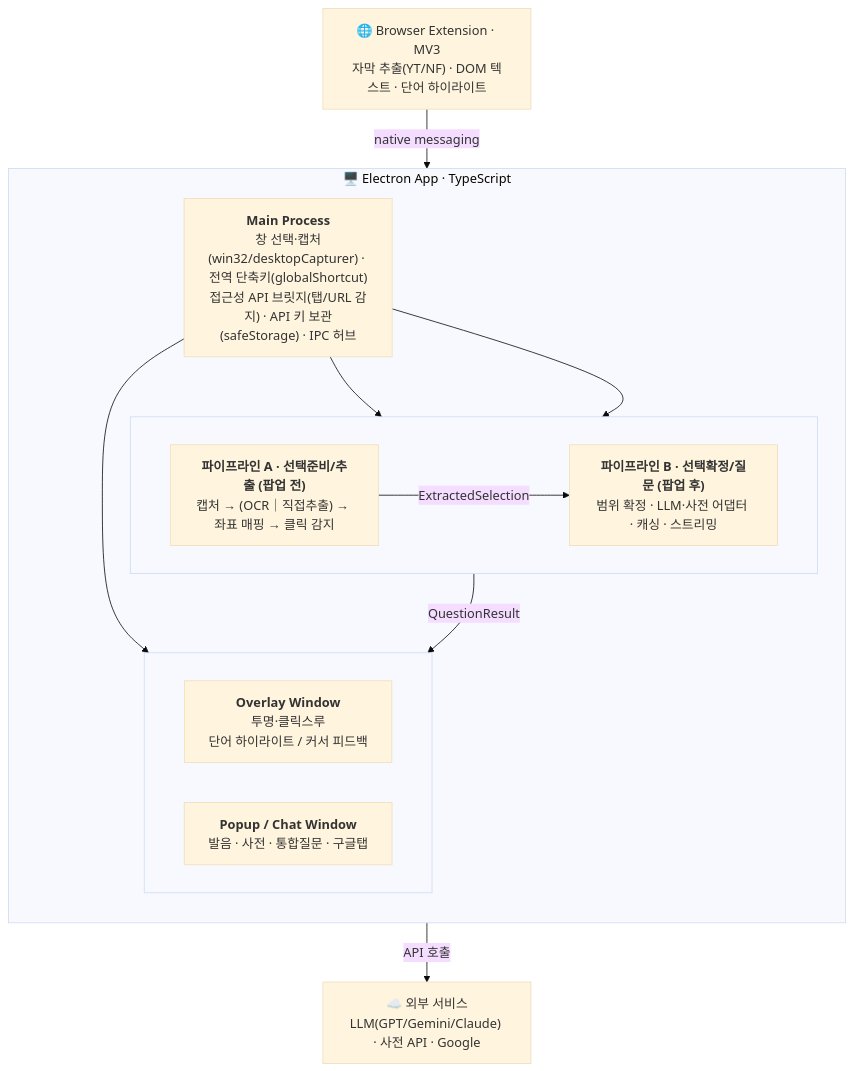
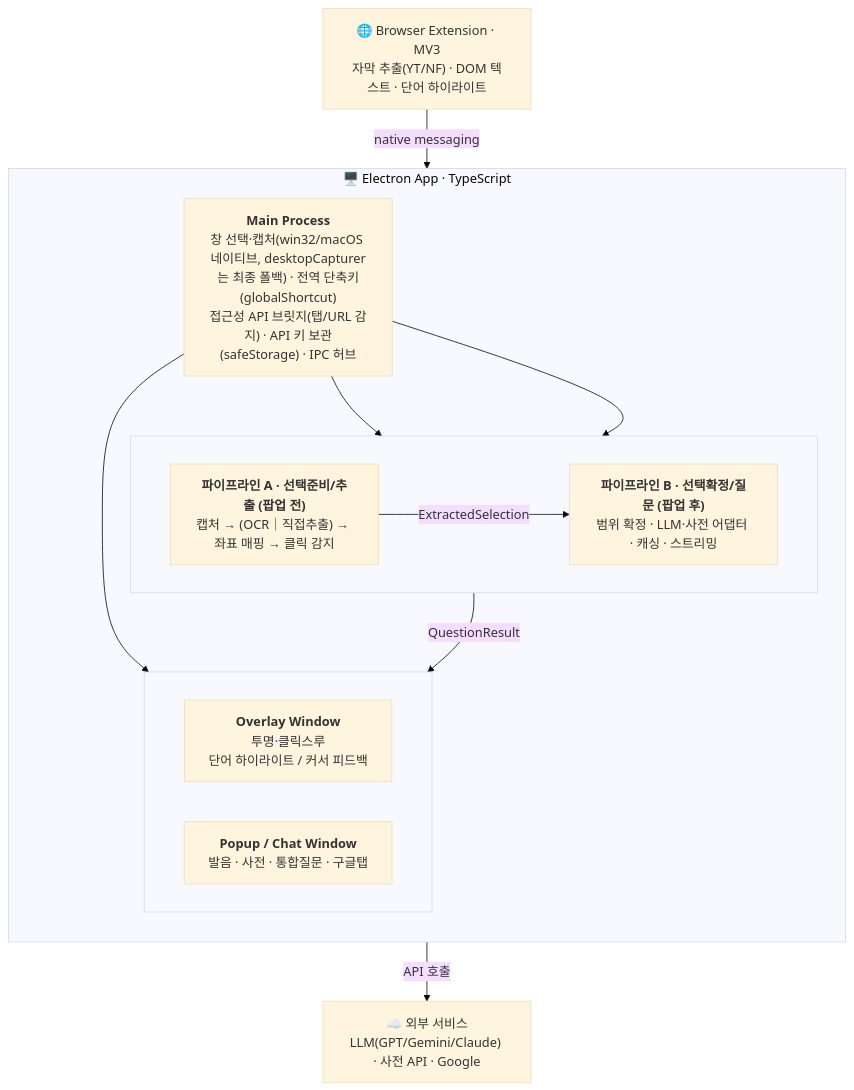
The diagram in PLAN.md (madcamp-official/JoJo), drawn with Mermaid (base theme) before and after one commit. The commit also changed other lines of this file and 1 other file, not shown here.

First line of the commit message:
docs: macOS 창 열거·오버레이 폴링 등 문서-구현 재정합화

````diff
--- a/PLAN.md
+++ b/PLAN.md
@@ -134,31 +134,31 @@
 ```mermaid
 flowchart TB
     EXT["🌐 Browser Extension · MV3<br/>자막 추출(YT/NF) · DOM 텍스트 · 단어 하이라이트"]
 
     subgraph APP["🖥️ Electron App · TypeScript"]
         direction TB
-        MAIN["<b>Main Process</b><br/>창 선택·캡처(win32/desktopCapturer) · 전역 단축키(globalShortcut)<br/>접근성 API 브릿지(탭/URL 감지) · API 키 보관(safeStorage) · IPC 허브"]
+        MAIN["<b>Main Process</b><br/>창 선택·캡처(win32/macOS 네이티브, desktopCapturer는 최종 폴백) · 전역 단축키(globalShortcut)<br/>접근성 API 브릿지(탭/URL 감지) · API 키 보관(safeStorage) · IPC 허브"]
 
         subgraph PIPE[" "]
             direction LR
             PA["<b>파이프라인 A · 선택준비/추출 (팝업 전)</b><br/>캡처 → (OCR｜직접추출) → 좌표 매핑 → 클릭 감지"]
             PB["<b>파이프라인 B · 선택확정/질문 (팝업 후)</b><br/>범위 확정 · LLM·사전 어댑터 · 캐싱 · 스트리밍"]
         end
 
         subgraph WINS[" "]
             direction LR
             OVL["<b>Overlay Window</b><br/>투명·클릭스루<br/>단어 하이라이트 / 커서 피드백"]
             POP["<b>Popup / Chat Window</b><br/>발음 · 사전 · 통합질문 · 구글탭"]
         end
     end
 
     SVC["☁️ 외부 서비스<br/>LLM(GPT/Gemini/Claude) · 사전 API · Google"]
 
     EXT -- "native messaging" --> MAIN
     MAIN --> PA
     MAIN --> PB
     MAIN --> OVL
     PA -- "ExtractedSelection" --> PB
     PB -- "QuestionResult" --> POP
     PB -- "API 호출" --> SVC
 ```
````
